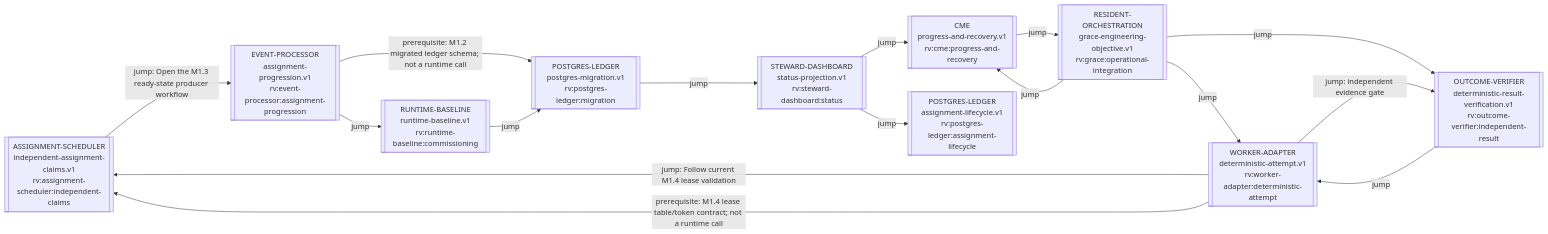
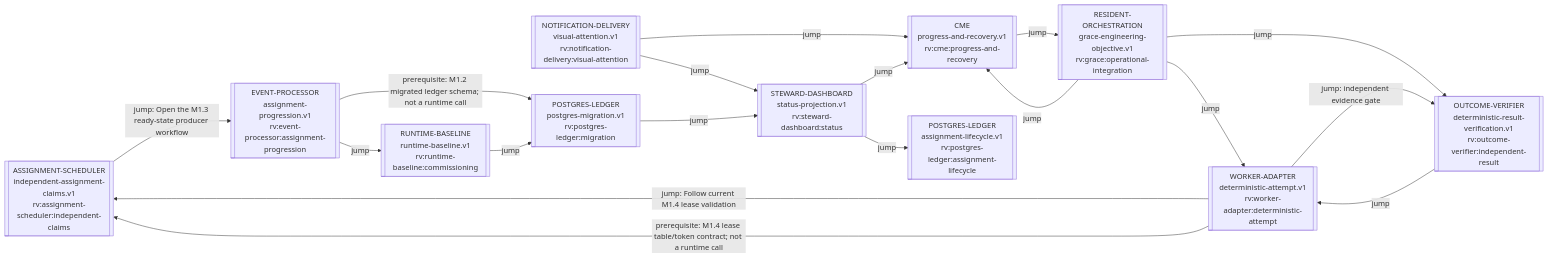
Before and after one commit to ppow1/Riverview-: the diagram in process_graphs/generated/RIVERVIEW_PROCESS_GRAPH.md, drawn with Mermaid. The commit also changed other lines of this file and 51 other files, not shown here.

Commit message:
feat(m3.2): add durable visual notification receipts

````diff
--- a/process_graphs/generated/RIVERVIEW_PROCESS_GRAPH.md
+++ b/process_graphs/generated/RIVERVIEW_PROCESS_GRAPH.md
@@ -9,28 +9,31 @@
 ```mermaid
 flowchart LR
   g_rv_assignment_scheduler_independent_claims_88bd80c4[["ASSIGNMENT-SCHEDULER<br/>independent-assignment-claims.v1<br/>rv:assignment-scheduler:independent-claims"]]
   g_rv_cme_progress_and_recovery_402efffa[["CME<br/>progress-and-recovery.v1<br/>rv:cme:progress-and-recovery"]]
   g_rv_event_processor_assignment_progression_fa10db2d[["EVENT-PROCESSOR<br/>assignment-progression.v1<br/>rv:event-processor:assignment-progression"]]
   g_rv_grace_operational_integration_9989f0be[["RESIDENT-ORCHESTRATION<br/>grace-engineering-objective.v1<br/>rv:grace:operational-integration"]]
+  g_rv_notification_delivery_visual_attention_3f4f84d2[["NOTIFICATION-DELIVERY<br/>visual-attention.v1<br/>rv:notification-delivery:visual-attention"]]
   g_rv_outcome_verifier_independent_result_1d5c0875[["OUTCOME-VERIFIER<br/>deterministic-result-verification.v1<br/>rv:outcome-verifier:independent-result"]]
   g_rv_postgres_ledger_assignment_lifecycle_a9a01b67[["POSTGRES-LEDGER<br/>assignment-lifecycle.v1<br/>rv:postgres-ledger:assignment-lifecycle"]]
   g_rv_postgres_ledger_migration_4c89ef23[["POSTGRES-LEDGER<br/>postgres-migration.v1<br/>rv:postgres-ledger:migration"]]
   g_rv_runtime_baseline_commissioning_46ff1ccf[["RUNTIME-BASELINE<br/>runtime-baseline.v1<br/>rv:runtime-baseline:commissioning"]]
   g_rv_steward_dashboard_status_75f7c259[["STEWARD-DASHBOARD<br/>status-projection.v1<br/>rv:steward-dashboard:status"]]
   g_rv_worker_adapter_deterministic_attempt_15d59b6f[["WORKER-ADAPTER<br/>deterministic-attempt.v1<br/>rv:worker-adapter:deterministic-attempt"]]
   g_rv_assignment_scheduler_independent_claims_88bd80c4 -->|jump: Open the M1.3 ready-state producer workflow| g_rv_event_processor_assignment_progression_fa10db2d
   g_rv_cme_progress_and_recovery_402efffa -->|jump| g_rv_grace_operational_integration_9989f0be
   g_rv_event_processor_assignment_progression_fa10db2d -->|prerequisite: M1.2 migrated ledger schema; not a runtime call| g_rv_postgres_ledger_migration_4c89ef23
   g_rv_event_processor_assignment_progression_fa10db2d -->|jump| g_rv_runtime_baseline_commissioning_46ff1ccf
   g_rv_grace_operational_integration_9989f0be -->|jump| g_rv_worker_adapter_deterministic_attempt_15d59b6f
   g_rv_grace_operational_integration_9989f0be -->|jump| g_rv_cme_progress_and_recovery_402efffa
   g_rv_grace_operational_integration_9989f0be -->|jump| g_rv_outcome_verifier_independent_result_1d5c0875
+  g_rv_notification_delivery_visual_attention_3f4f84d2 -->|jump| g_rv_cme_progress_and_recovery_402efffa
+  g_rv_notification_delivery_visual_attention_3f4f84d2 -->|jump| g_rv_steward_dashboard_status_75f7c259
   g_rv_outcome_verifier_independent_result_1d5c0875 -->|jump| g_rv_worker_adapter_deterministic_attempt_15d59b6f
   g_rv_postgres_ledger_migration_4c89ef23 -->|jump| g_rv_steward_dashboard_status_75f7c259
   g_rv_runtime_baseline_commissioning_46ff1ccf -->|jump| g_rv_postgres_ledger_migration_4c89ef23
   g_rv_steward_dashboard_status_75f7c259 -->|jump| g_rv_postgres_ledger_assignment_lifecycle_a9a01b67
   g_rv_steward_dashboard_status_75f7c259 -->|jump| g_rv_cme_progress_and_recovery_402efffa
   g_rv_worker_adapter_deterministic_attempt_15d59b6f -->|jump: Follow current M1.4 lease validation| g_rv_assignment_scheduler_independent_claims_88bd80c4
   g_rv_worker_adapter_deterministic_attempt_15d59b6f -->|prerequisite: M1.4 lease table/token contract; not a runtime call| g_rv_assignment_scheduler_independent_claims_88bd80c4
   g_rv_worker_adapter_deterministic_attempt_15d59b6f -->|jump: independent evidence gate| g_rv_outcome_verifier_independent_result_1d5c0875
 ```
````
